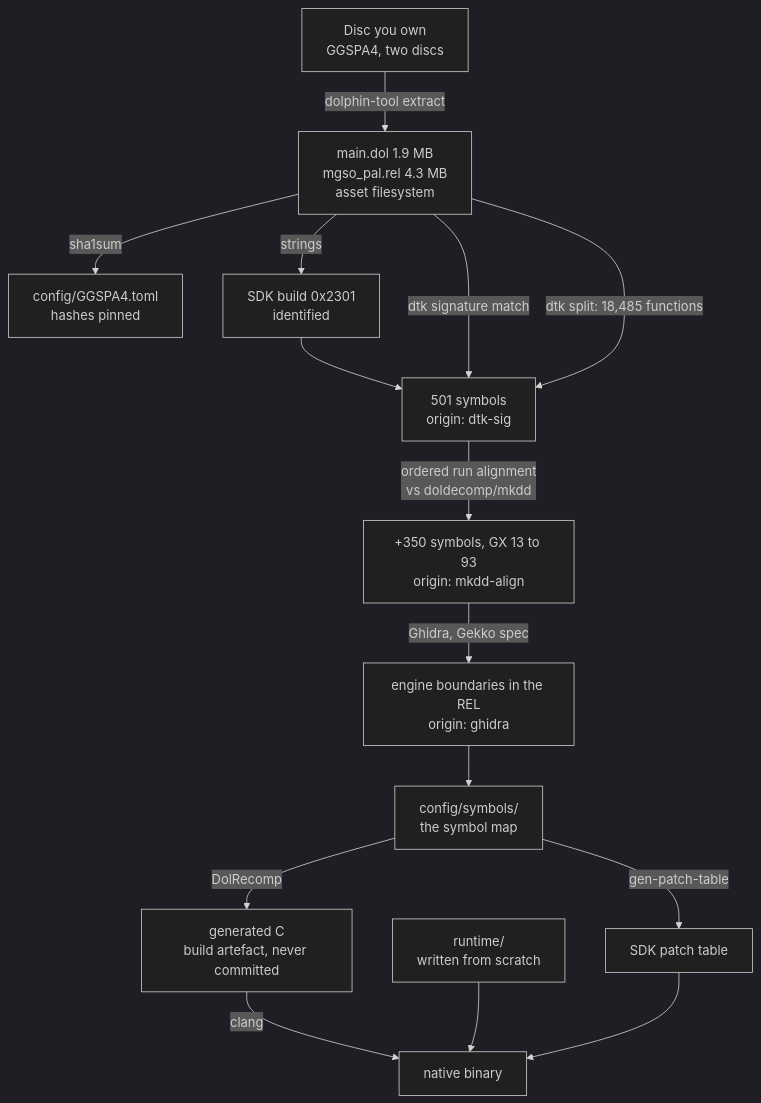
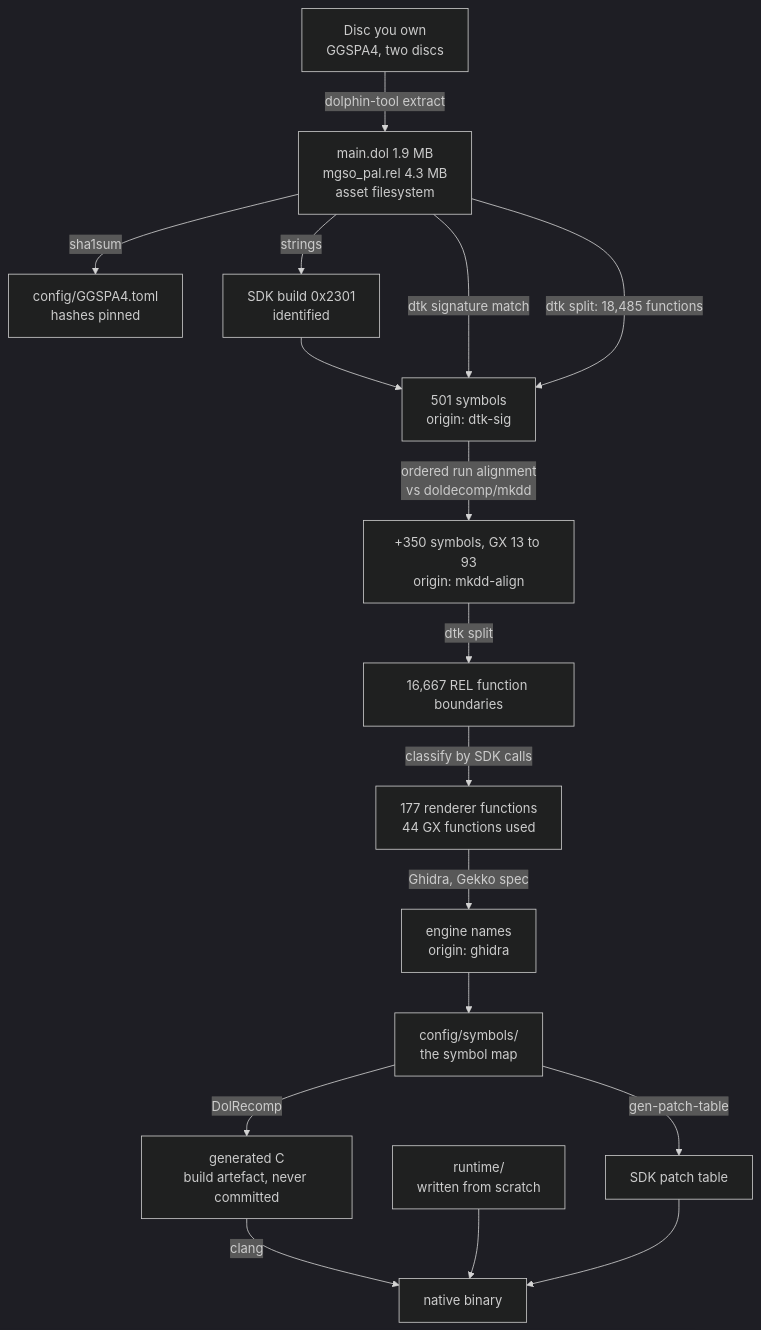
Before and after one commit to alphanu1/msg-twinsnakes-recomp: the diagram in docs/decompilation-process.md, drawn with Mermaid (dark theme). The commit also changed other lines of this file and 4 other files, not shown here.

````diff
--- a/docs/decompilation-process.md
+++ b/docs/decompilation-process.md
@@ -19,16 +19,18 @@
 ```mermaid
 flowchart TD
     A["Disc you own<br/>GGSPA4, two discs"] -->|dolphin-tool extract| B["main.dol 1.9 MB<br/>mgso_pal.rel 4.3 MB<br/>asset filesystem"]
     B -->|sha1sum| C["config/GGSPA4.toml<br/>hashes pinned"]
     B -->|strings| D["SDK build 0x2301<br/>identified"]
     D --> E
     B -->|dtk signature match| E["501 symbols<br/>origin: dtk-sig"]
     B -->|dtk split: 18,485 functions| E
     E -->|ordered run alignment<br/>vs doldecomp/mkdd| F["+350 symbols, GX 13 to 93<br/>origin: mkdd-align"]
-    F -->|Ghidra, Gekko spec| G["engine boundaries in the REL<br/>origin: ghidra"]
+    F -->|dtk split| G2["16,667 REL function boundaries"]
+    G2 -->|classify by SDK calls| G3["177 renderer functions<br/>44 GX functions used"]
+    G3 -->|Ghidra, Gekko spec| G["engine names<br/>origin: ghidra"]
     G --> H["config/symbols/<br/>the symbol map"]
     H -->|DolRecomp| I["generated C<br/>build artefact, never committed"]
     I -->|clang| J["native binary"]
     K["runtime/<br/>written from scratch"] --> J
     H -->|gen-patch-table| L["SDK patch table"] --> J
 ```
````
